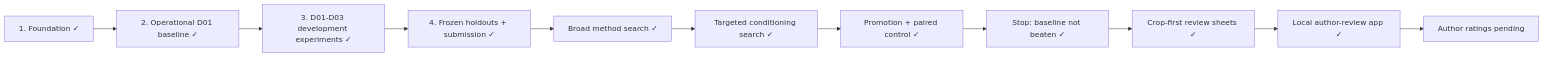
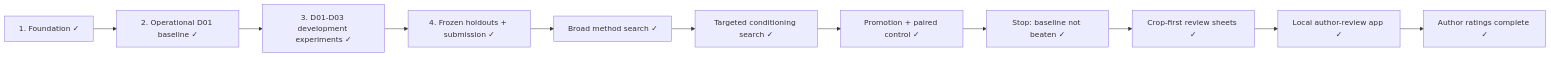
Before and after one commit to komaksym/weon-assignment: the diagram in PLANS.md, drawn with Mermaid. The commit also changed other lines of this file and 10 other files, not shown here.

````diff
--- a/PLANS.md
+++ b/PLANS.md
@@ -5,13 +5,13 @@
 ```mermaid
 flowchart LR
     S1[1. Foundation ✓] --> S2[2. Operational D01 baseline ✓]
     S2 --> S3[3. D01-D03 development experiments ✓]
     S3 --> S4[4. Frozen holdouts + submission ✓]
     S4 --> B[Broad method search ✓]
     B --> T[Targeted conditioning search ✓]
     T --> P[Promotion + paired control ✓]
     P --> D[Stop: baseline not beaten ✓]
     D --> H[Crop-first review sheets ✓]
     H --> UI[Local author-review app ✓]
-    UI --> R[Author ratings pending]
+    UI --> R[Author ratings complete ✓]
 ```
````
